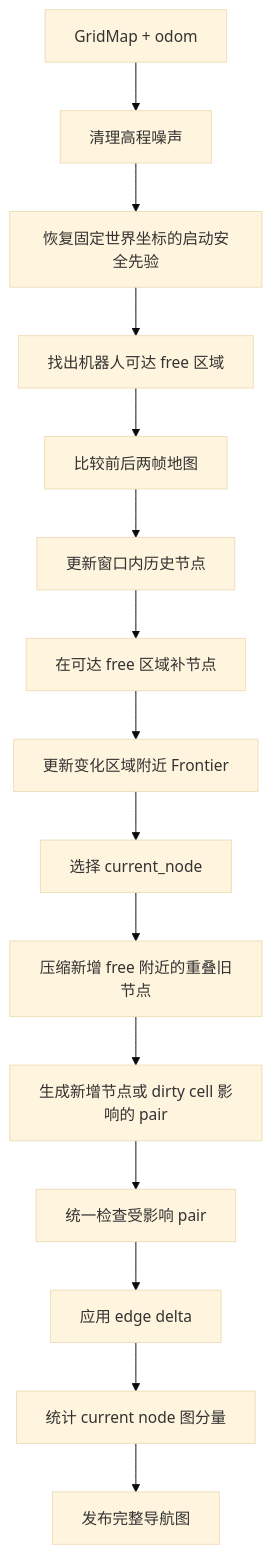
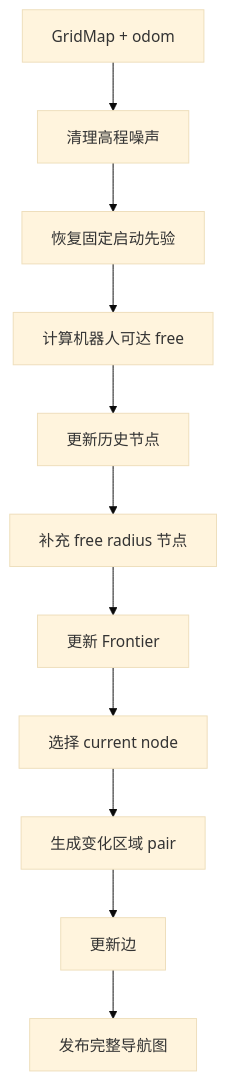
One commit to wycaca/wildos changed the diagram in graph_construction/docs/details/graph_update.md. Above: the diagram before and after it, drawn with Mermaid (base theme). The commit also changed other lines of this file and 10 other files, not shown here.

````diff
--- a/graph_construction/docs/details/graph_update.md
+++ b/graph_construction/docs/details/graph_update.md
@@ -73,17 +22,13 @@
 ```mermaid
 flowchart TD
     A["GridMap + odom"] --> B["清理高程噪声"]
-    B --> C["恢复固定世界坐标的启动安全先验"]
-    C --> D["找出机器人可达 free 区域"]
-    D --> E["比较前后两帧地图"]
-    E --> F["更新窗口内历史节点"]
-    F --> G["在可达 free 区域补节点"]
-    G --> H["更新变化区域附近 Frontier"]
-    H --> I["选择 current_node"]
-    I --> J["压缩新增 free 附近的重叠旧节点"]
-    J --> K["生成新增节点或 dirty cell 影响的 pair"]
-    K --> L["统一检查受影响 pair"]
-    L --> M["应用 edge delta"]
-    M --> N["统计 current node 图分量"]
-    N --> O["发布完整导航图"]
+    B --> C["恢复固定启动先验"]
+    C --> D["计算机器人可达 free"]
+    D --> E["更新历史节点"]
+    E --> F["补充 free radius 节点"]
+    F --> G["更新 Frontier"]
+    G --> H["选择 current node"]
+    H --> I["生成变化区域 pair"]
+    I --> J["更新边"]
+    J --> K["发布完整导航图"]
 ```
````
